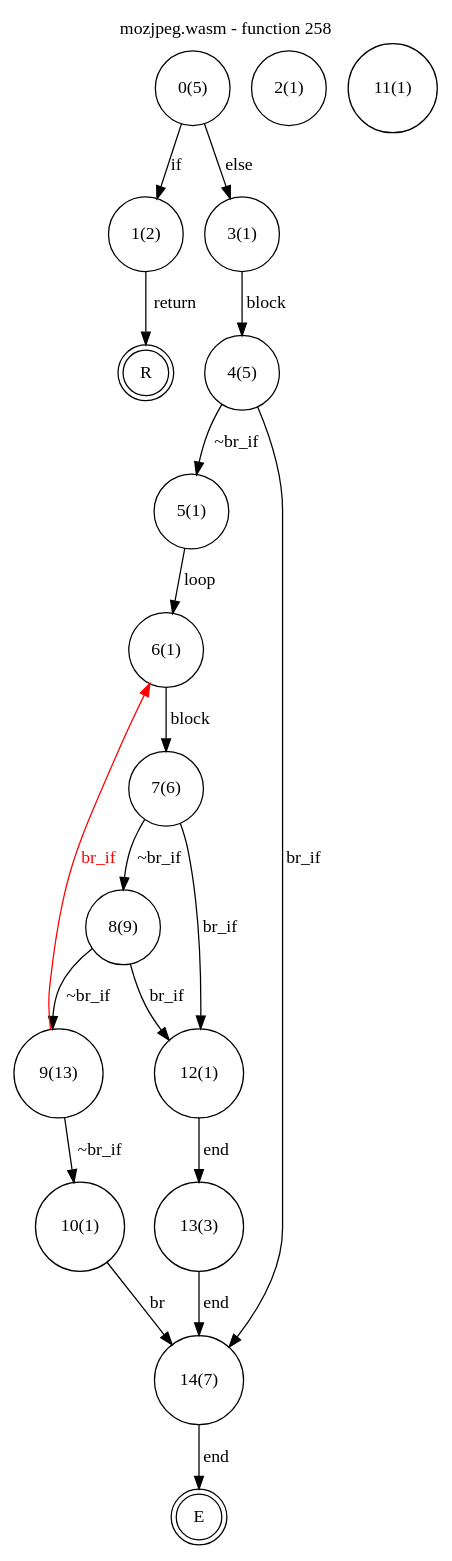
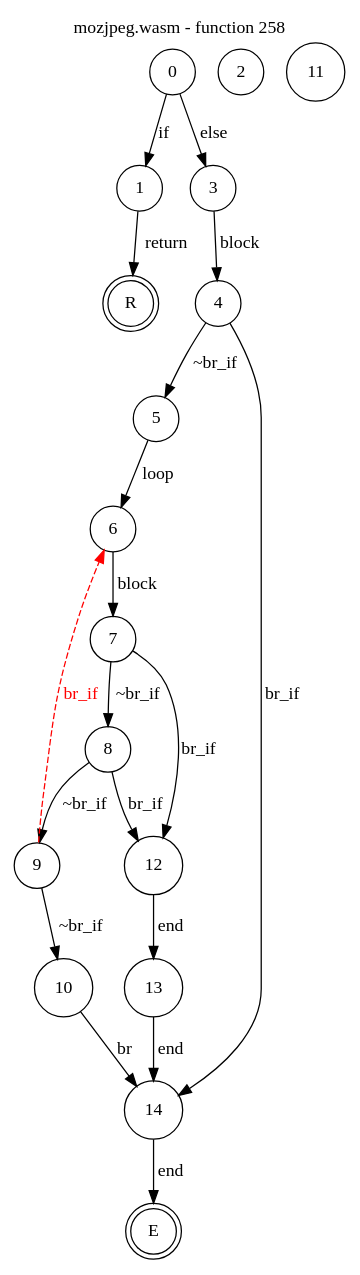
One commit to jsCarleton/wanalyze changed the diagram in test_cases/mozjpeg/funcs/mozjpeg-func258.dot. Above: the diagram before and after it, drawn with Graphviz. The commit also changed 531 other files, not shown here.

```diff
--- a/test_cases/mozjpeg/funcs/mozjpeg-func258.dot
+++ b/test_cases/mozjpeg/funcs/mozjpeg-func258.dot
@@ -1,43 +1,43 @@
 digraph finite_state_machine {
     label = "mozjpeg.wasm - function 258"
     labelloc =  t
     labelfontsize = 16
     labelfontcolor = black
     labelfontname = "Helvetica"
     node [shape = doublecircle]; E R ;
-node [shape=circle, fontcolor=black, style="", label="0(5)"]0
-node [shape=circle, fontcolor=black, style="", label="1(2)"]1
-node [shape=circle, fontcolor=black, style="", label="2(1)"]2
-node [shape=circle, fontcolor=black, style="", label="3(1)"]3
-node [shape=circle, fontcolor=black, style="", label="4(5)"]4
-node [shape=circle, fontcolor=black, style="", label="5(1)"]5
-node [shape=circle, fontcolor=black, style="", label="6(1)"]6
-node [shape=circle, fontcolor=black, style="", label="7(6)"]7
-node [shape=circle, fontcolor=black, style="", label="8(9)"]8
-node [shape=circle, fontcolor=black, style="", label="9(13)"]9
-node [shape=circle, fontcolor=black, style="", label="10(1)"]10
-node [shape=circle, fontcolor=black, style="", label="11(1)"]11
-node [shape=circle, fontcolor=black, style="", label="12(1)"]12
-node [shape=circle, fontcolor=black, style="", label="13(3)"]13
-node [shape=circle, fontcolor=black, style="", label="14(7)"]14
+node [shape=circle, fontcolor=black, style="", label="0"]0
+node [shape=circle, fontcolor=black, style="", label="1"]1
+node [shape=circle, fontcolor=black, style="", label="2"]2
+node [shape=circle, fontcolor=black, style="", label="3"]3
+node [shape=circle, fontcolor=black, style="", label="4"]4
+node [shape=circle, fontcolor=black, style="", label="5"]5
+node [shape=circle, fontcolor=black, style="", label="6"]6
+node [shape=circle, fontcolor=black, style="", label="7"]7
+node [shape=circle, fontcolor=black, style="", label="8"]8
+node [shape=circle, fontcolor=black, style="", label="9"]9
+node [shape=circle, fontcolor=black, style="", label="10"]10
+node [shape=circle, fontcolor=black, style="", label="11"]11
+node [shape=circle, fontcolor=black, style="", label="12"]12
+node [shape=circle, fontcolor=black, style="", label="13"]13
+node [shape=circle, fontcolor=black, style="", label="14"]14
 node [shape=circle, fontcolor=black, style="", label="E"]E
 node [shape=circle, fontcolor=black, style="", label="R"]R
     0 -> 1[label="if"];
     0 -> 3[label="else"];
     1 -> R[label="return"];
     3 -> 4[label="block"];
     4 -> 5[label="~br_if"];
     4 -> 14[label="br_if"];
     5 -> 6[label="loop"];
     6 -> 7[label="block"];
     7 -> 8[label="~br_if"];
     7 -> 12[label="br_if"];
     8 -> 9[label="~br_if"];
     8 -> 12[label="br_if"];
     9 -> 10[label="~br_if"];
-    9 -> 6[color="red" fontcolor="red" label="br_if"];
+    9 -> 6[style="dashed" color="red" fontcolor="red" label="br_if"];
     10 -> 14[label="br"];
     12 -> 13[label="end"];
     13 -> 14[label="end"];
     14 -> E[label="end"];
 }
```
